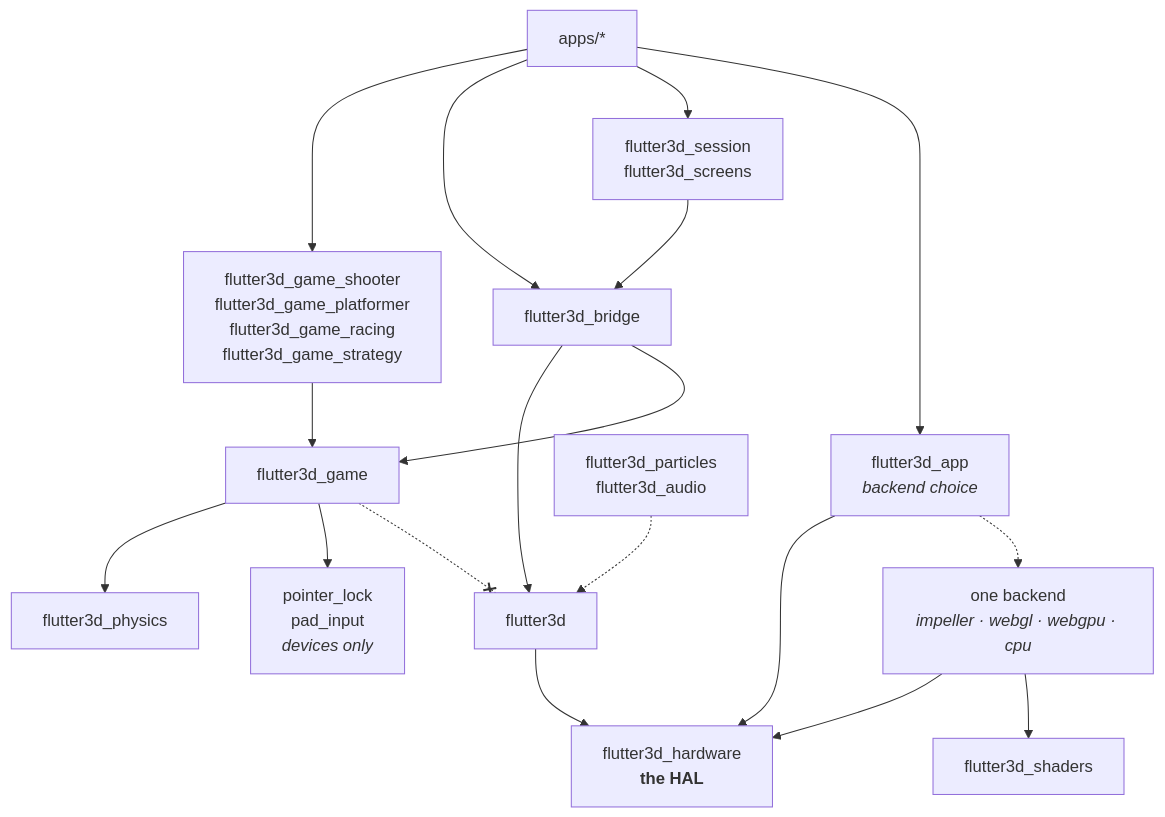
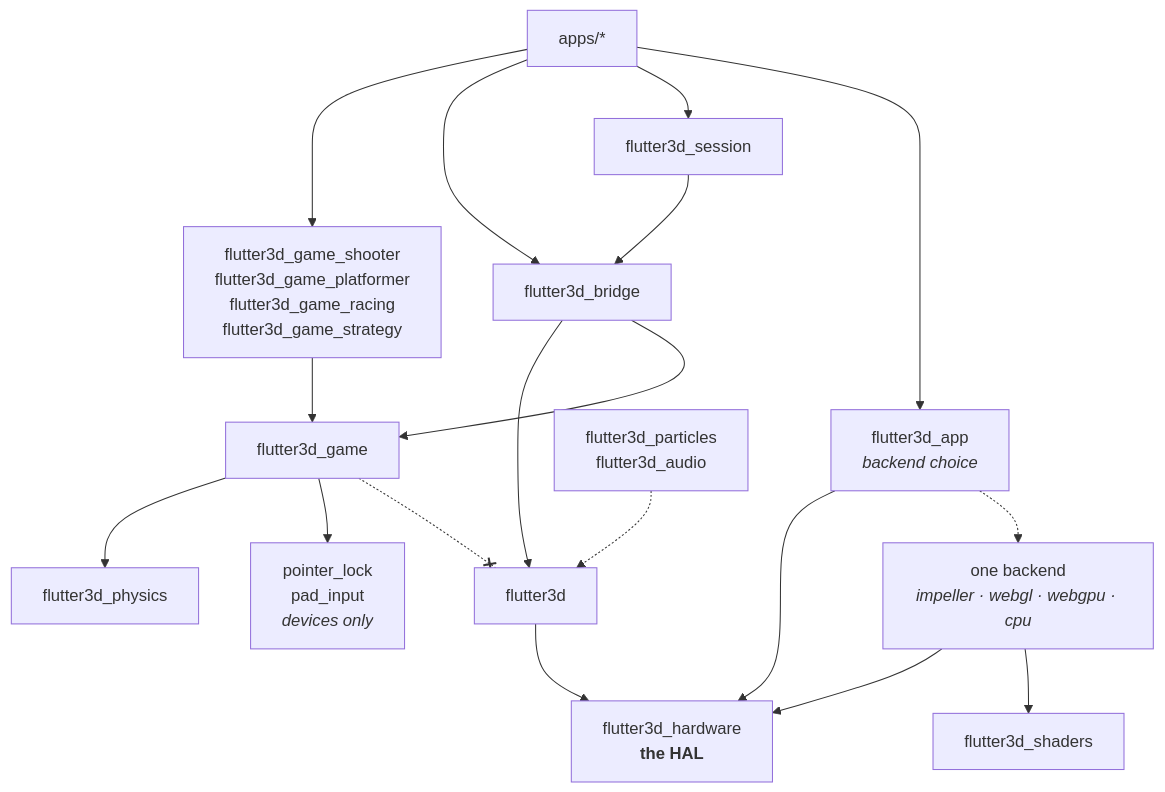
Before and after one commit to pleiondev/flutter3d: the diagram in site/content/reference/packages.md, drawn with Mermaid. The commit also changed other lines of this file and 92 other files, not shown here.

````diff
--- a/site/content/reference/packages.md
+++ b/site/content/reference/packages.md
@@ -298,22 +298,22 @@
 ```mermaid
 flowchart TB
   apps["apps/*"] --> genres["flutter3d_game_shooter<br>flutter3d_game_platformer<br>flutter3d_game_racing<br>flutter3d_game_strategy"]
   apps --> bridge["flutter3d_bridge"]
-  apps --> session["flutter3d_session<br>flutter3d_screens"]
+  apps --> session["flutter3d_session"]
   apps --> picker["flutter3d_app<br><i>backend choice</i>"]
   picker --> gfx["flutter3d_hardware<br><b>the HAL</b>"]
   picker -.-> onebackend["one backend<br><i>impeller · webgl · webgpu · cpu</i>"]
   session --> bridge
   genres --> game["flutter3d_game"]
   bridge --> engine["flutter3d"]
   bridge --> game
   game --> physics["flutter3d_physics"]
   engine --> gfx
   onebackend --> gfx
   onebackend --> shaders["flutter3d_shaders"]
   extras["flutter3d_particles<br>flutter3d_audio"] -.-> engine
   game --> devices["pointer_lock<br>pad_input<br><i>devices only</i>"]
 
   classDef forbidden stroke-dasharray: 4 3
   game -.-x engine
 ```
````
